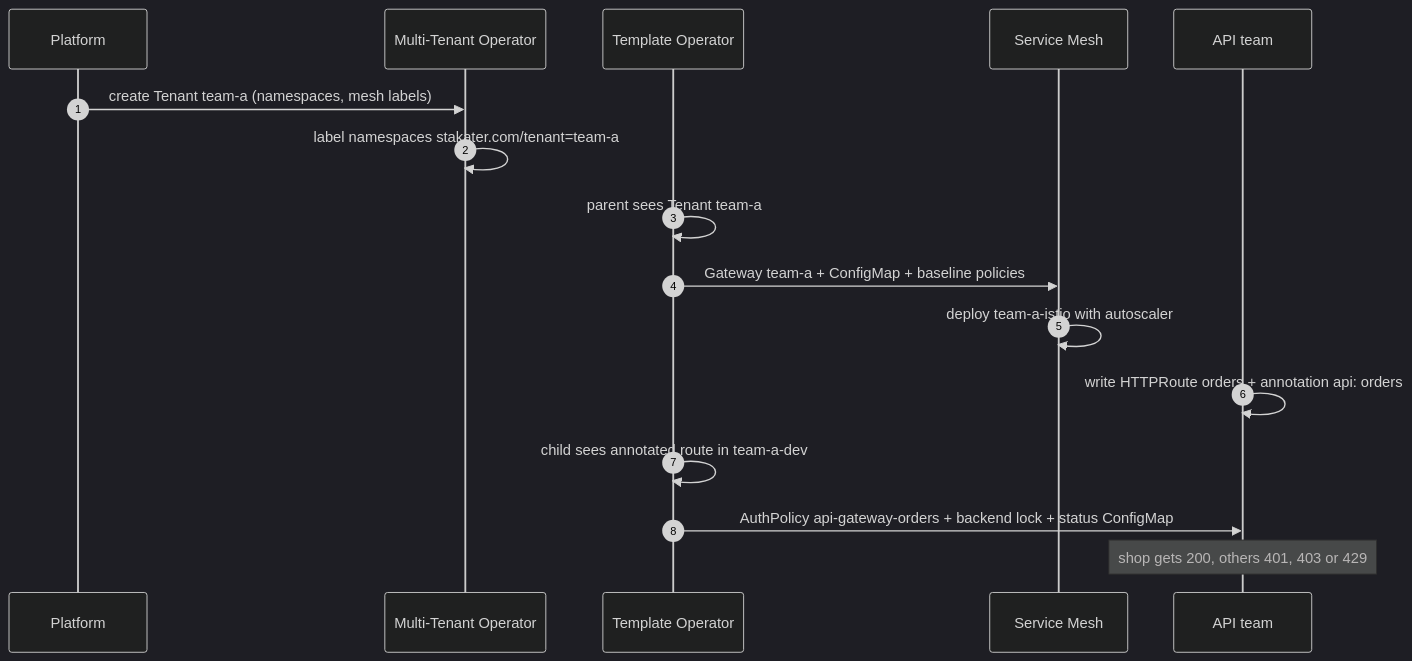
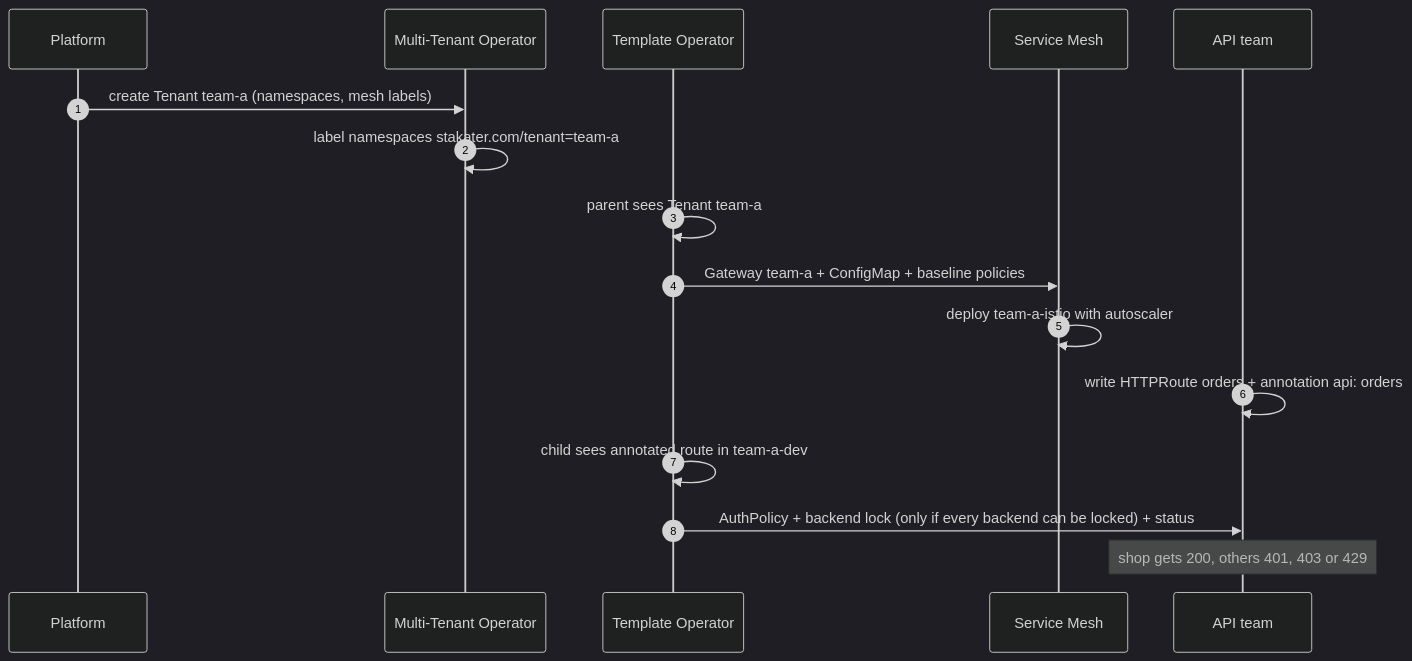
One commit to stakater/mto-extension-api-gateway changed the fourth of 6 diagrams in docs/diagrams.md. Above: the diagram before and after it, drawn with Mermaid (dark theme). The commit also changed other lines of this file and 13 other files, not shown here.

Commit message:
Review fixes: DENY backend lock, fixed baseline condition and issuer, token floor, deny per listener, fail closed

````diff
--- a/docs/diagrams.md
+++ b/docs/diagrams.md
@@ -96,18 +99,18 @@
 ```mermaid
 sequenceDiagram
   autonumber
   participant P as Platform
   participant M as Multi-Tenant Operator
   participant T as Template Operator
   participant S as Service Mesh
   participant D as API team
   P->>M: create Tenant team-a (namespaces, mesh labels)
   M->>M: label namespaces stakater.com/tenant=team-a
   T->>T: parent sees Tenant team-a
   T->>S: Gateway team-a + ConfigMap + baseline policies
   S->>S: deploy team-a-istio with autoscaler
   D->>D: write HTTPRoute orders + annotation api: orders
   T->>T: child sees annotated route in team-a-dev
-  T->>D: AuthPolicy api-gateway-orders + backend lock + status ConfigMap
+  T->>D: AuthPolicy + backend lock (only if every backend can be locked) + status
   Note over D: shop gets 200, others 401, 403 or 429
 ```
````
